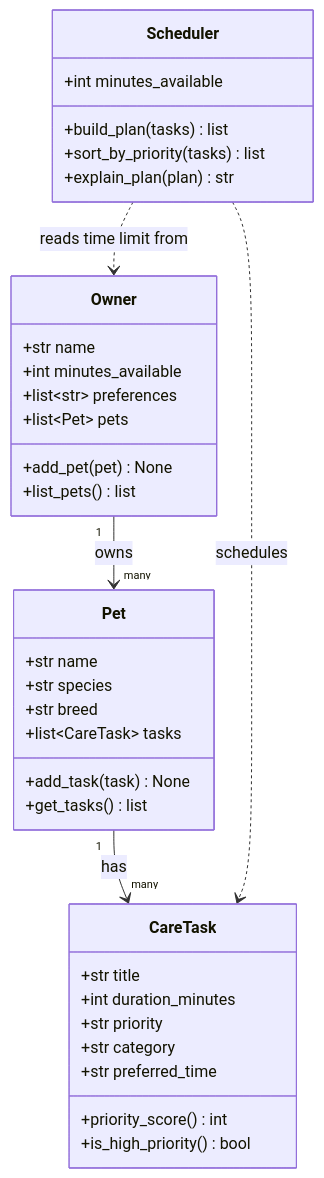
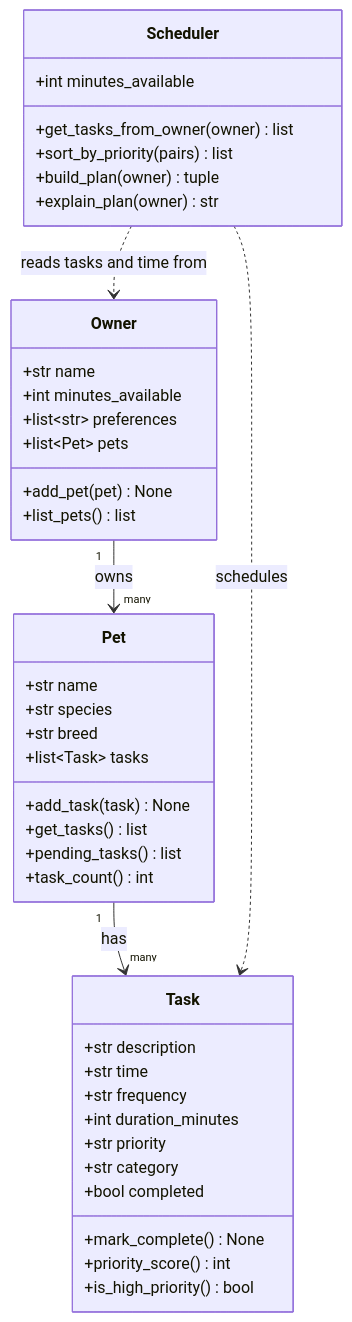
Before and after one commit to ZealGoxix/CodePath: the diagram in ai110-module2show-pawpal-starter-main/diagrams/uml.mmd, drawn with Mermaid. The commit also changed 3 other files, not shown here.

```diff
--- a/ai110-module2show-pawpal-starter-main/diagrams/uml.mmd
+++ b/ai110-module2show-pawpal-starter-main/diagrams/uml.mmd
@@ -1,43 +1,49 @@
 classDiagram
     %% PawPal+ class design
     %% Owner has Pets, Pets have CareTasks, the Scheduler turns tasks into a daily plan.
 
     class Owner {
         +str name
         +int minutes_available
         +list~str~ preferences
         +list~Pet~ pets
         +add_pet(pet) None
         +list_pets() list
     }
 
     class Pet {
         +str name
         +str species
         +str breed
-        +list~CareTask~ tasks
+        +list~Task~ tasks
         +add_task(task) None
         +get_tasks() list
+        +pending_tasks() list
+        +task_count() int
     }
 
-    class CareTask {
-        +str title
+    class Task {
+        +str description
+        +str time
+        +str frequency
         +int duration_minutes
         +str priority
         +str category
-        +str preferred_time
+        +bool completed
+        +mark_complete() None
         +priority_score() int
         +is_high_priority() bool
     }
 
     class Scheduler {
         +int minutes_available
-        +build_plan(tasks) list
-        +sort_by_priority(tasks) list
-        +explain_plan(plan) str
+        +get_tasks_from_owner(owner) list
+        +sort_by_priority(pairs) list
+        +build_plan(owner) tuple
+        +explain_plan(owner) str
     }
 
     Owner "1" --> "many" Pet : owns
-    Pet "1" --> "many" CareTask : has
-    Scheduler ..> CareTask : schedules
-    Scheduler ..> Owner : reads time limit from
+    Pet "1" --> "many" Task : has
+    Scheduler ..> Task : schedules
+    Scheduler ..> Owner : reads tasks and time from
```
